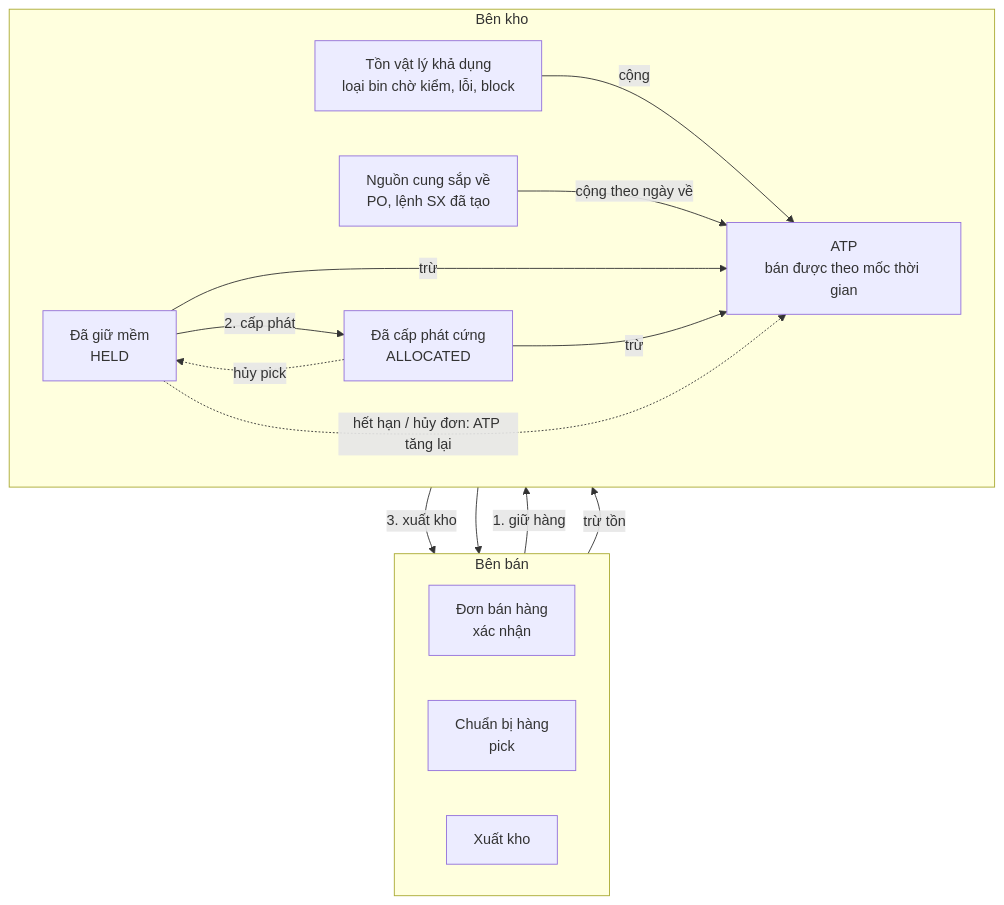
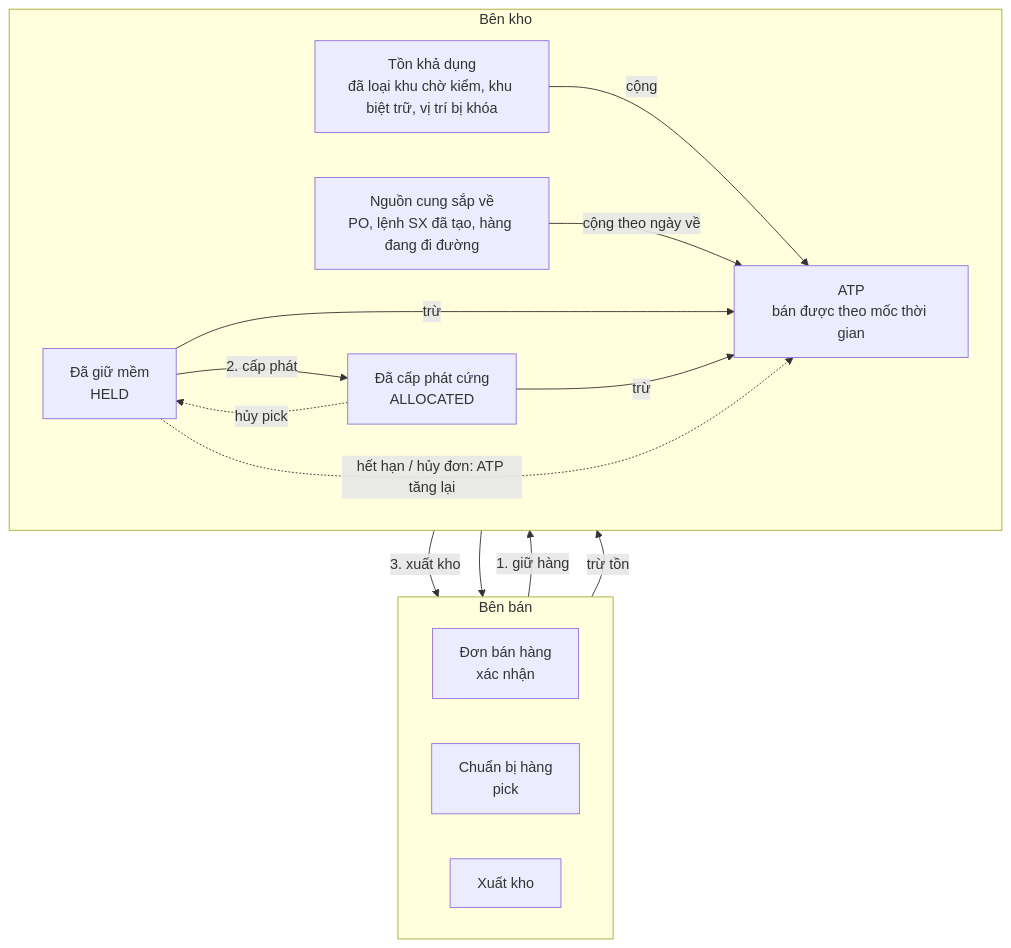
The diagram in docs/erp-nghiep-vu/1-kho/4000-giu-hang-phan-bo-va-atp.md (thanvanhai/thanvanhai.github.io), drawn with Mermaid before and after one commit. The commit also changed other lines of this file and 5 other files, not shown here.

````diff
--- a/docs/erp-nghiep-vu/1-kho/4000-giu-hang-phan-bo-va-atp.md
+++ b/docs/erp-nghiep-vu/1-kho/4000-giu-hang-phan-bo-va-atp.md
@@ -38,32 +44,32 @@
 ```mermaid
 flowchart TB
     subgraph ORDER["Bên bán"]
         direction LR
         SO["Đơn bán hàng<br/>xác nhận"]
         PICK["Chuẩn bị hàng<br/>pick"]
         SHIP["Xuất kho"]
     end
 
     subgraph STOCK["Bên kho"]
         direction LR
-        ONHAND["Tồn vật lý khả dụng<br/>loại bin chờ kiểm, lỗi, block"]
-        SUPPLY["Nguồn cung sắp về<br/>PO, lệnh SX đã tạo"]
+        ONHAND["Tồn khả dụng<br/>đã loại khu chờ kiểm, khu biệt trữ, vị trí bị khóa"]
+        SUPPLY["Nguồn cung sắp về<br/>PO, lệnh SX đã tạo, hàng đang đi đường"]
         RES["Đã giữ mềm<br/>HELD"]
         ALLOC["Đã cấp phát cứng<br/>ALLOCATED"]
         ATP["ATP<br/>bán được theo mốc thời gian"]
     end
 
     SO -->|1. giữ hàng| RES
     RES -->|2. cấp phát| ALLOC
     ALLOC -->|3. xuất kho| SHIP
     SHIP -->|trừ tồn| ONHAND
 
     ONHAND -->|cộng| ATP
     SUPPLY -->|cộng theo ngày về| ATP
     RES -->|trừ| ATP
     ALLOC -->|trừ| ATP
     ATP --> SO
 
     RES -.->|hết hạn / hủy đơn: ATP tăng lại| ATP
     ALLOC -.->|hủy pick| RES
 ```
````
